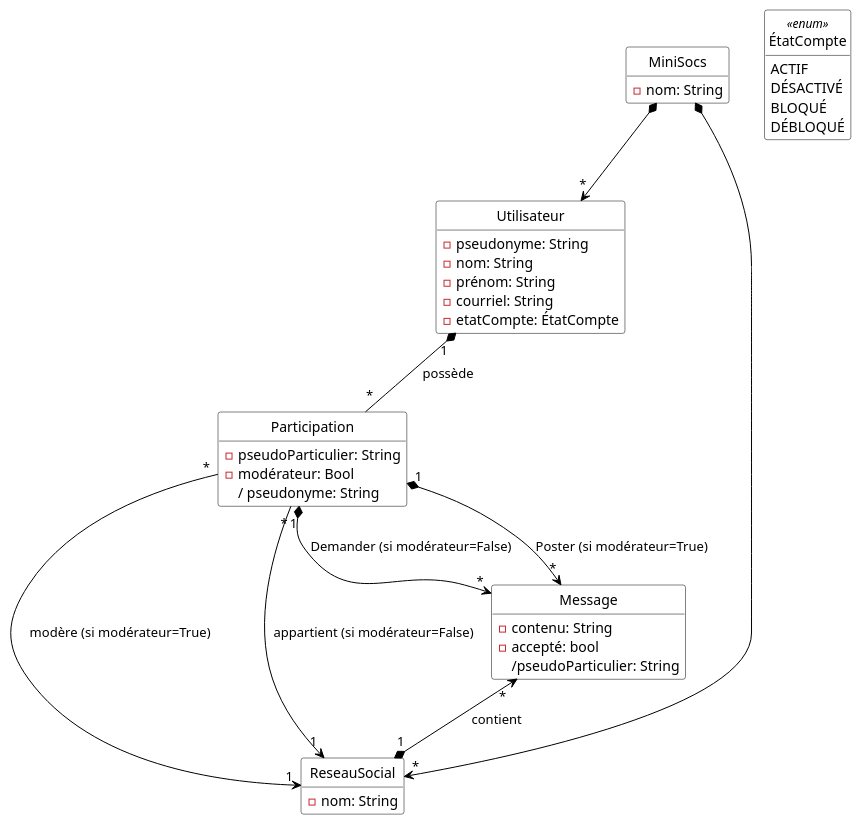
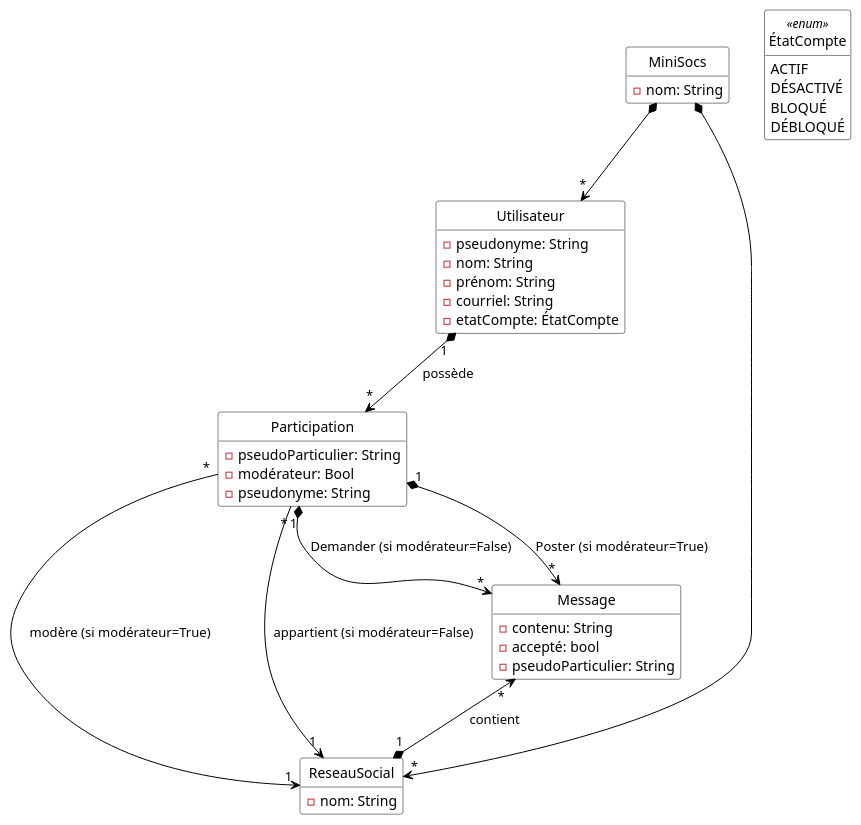
The diagram in Diagrammes/minisocs_uml_diag_classes_sans_notif.pu (lukalafaye/MiniSocs), drawn with PlantUML before and after one commit. The commit also changed 9 other files, not shown here.

```diff
--- a/Diagrammes/minisocs_uml_diag_classes_sans_notif.pu
+++ b/Diagrammes/minisocs_uml_diag_classes_sans_notif.pu
@@ -1,61 +1,61 @@
 @startuml
 
 'Diagramme de classes (PlantUML)'
 
 'Configuration charte graphique'
 hide empty methods
 hide circle
 skinparam class {
   BackgroundColor White
   ArrowColor Black
   BorderColor Black
 }
 
 'Classes, énumérations, etc.'
 class MiniSocs {
   - nom: String
 }
 
 class Utilisateur {
   - pseudonyme: String
   - nom: String
   - prénom: String
   - courriel: String
   - etatCompte: ÉtatCompte
 }
 enum ÉtatCompte <<enum>> {
   ACTIF
   DÉSACTIVÉ
   BLOQUÉ
   DÉBLOQUÉ
 }
 
 class Participation {
   - pseudoParticulier: String
   - modérateur: Bool
-  / pseudonyme: String
+  - pseudonyme: String
 }
 
 class ReseauSocial {
   - nom: String
 }
 
 class Message {
   - contenu: String
   - accepté: bool
-  /pseudoParticulier: String
+  - pseudoParticulier: String
 }
 
 'Associations, etc.'
 MiniSocs *--> "*" Utilisateur
-Utilisateur "1" *-- "*" Participation: possède
+Utilisateur "1" *--> "*" Participation: possède
 Participation "*" --> "1" ReseauSocial: modère (si modérateur=True)
 Participation "*" --> "1" ReseauSocial: appartient (si modérateur=False)
 Participation "1" *--> "*" Message: Demander (si modérateur=False)
 Participation "1" *--> "*" Message: Poster (si modérateur=True)
 Message "*" <--* "1" ReseauSocial: contient
 MiniSocs *--> "*" ReseauSocial
 
 'Au besoin, aides pour le positionnement'
 
 @enduml
```
